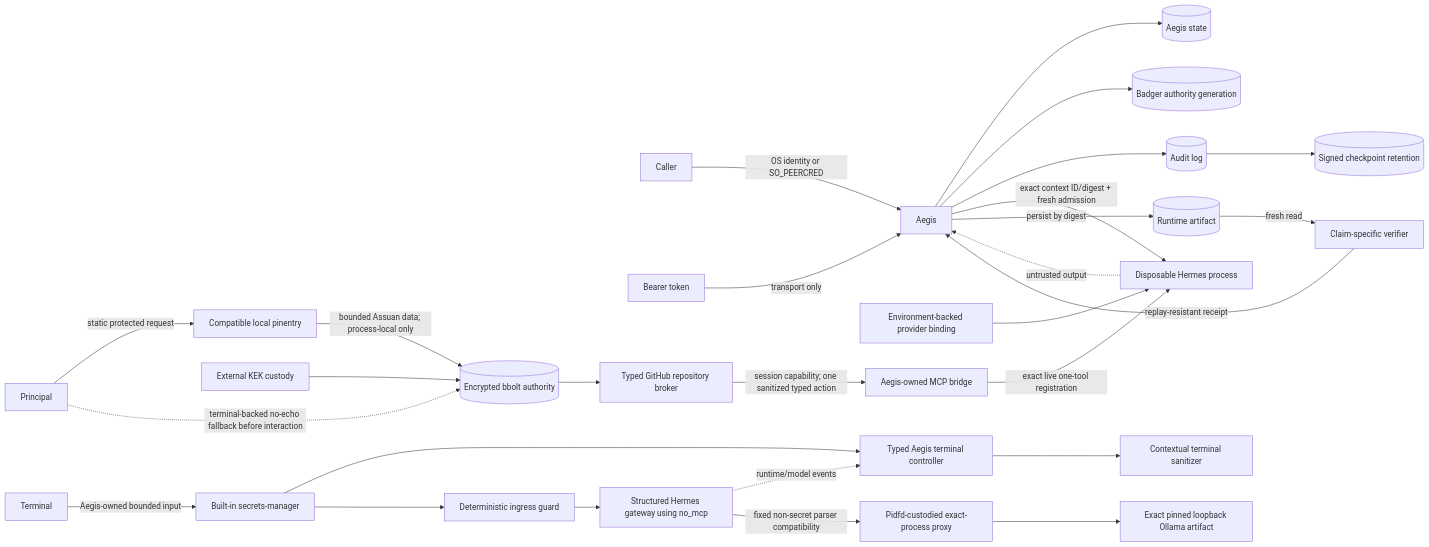
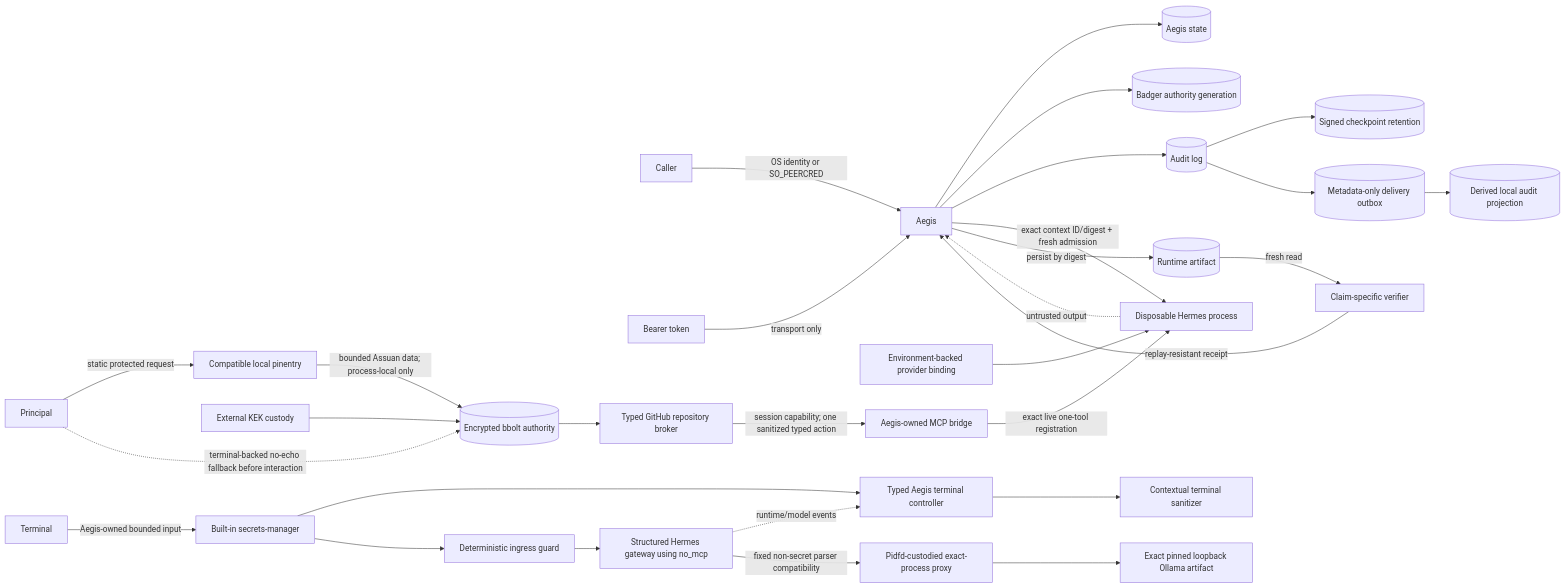
The diagram in docs/THREAT_MODEL.md (berryhill/aegis), drawn with Mermaid before and after one commit. The commit also changed other lines of this file and 19 other files, not shown here.

Commit message:
feat(audit): add durable outbox delivery

````diff
--- a/docs/THREAT_MODEL.md
+++ b/docs/THREAT_MODEL.md
@@ -17,30 +17,32 @@
 ```mermaid
 flowchart LR
   Caller -->|OS identity or SO_PEERCRED| Aegis
   Token[Bearer token] -->|transport only| Aegis
   Aegis --> Store[(Aegis state)]
   Aegis --> AuthorityState[(Badger authority generation)]
   Env[Environment-backed provider binding] --> Hermes[Disposable Hermes process]
   Principal -->|static protected request| Pinentry[Compatible local pinentry]
   Pinentry -->|bounded Assuan data; process-local only| Authority[(Encrypted bbolt authority)]
   Principal -. terminal-backed no-echo fallback before interaction .-> Authority
   KEK[External KEK custody] --> Authority
   Authority --> Broker[Typed GitHub repository broker]
   Broker -->|session capability; one sanitized typed action| Bridge[Aegis-owned MCP bridge]
   Bridge -->|exact live one-tool registration| Hermes
   Aegis --> Audit[(Audit log)]
   Audit --> Checkpoint[(Signed checkpoint retention)]
+  Audit --> Outbox[(Metadata-only delivery outbox)]
+  Outbox --> Projection[(Derived local audit projection)]
   Hermes -. untrusted output .-> Aegis
   Aegis -->|exact context ID/digest + fresh admission| Hermes
   Aegis -->|persist by digest| Artifact[(Runtime artifact)]
   Artifact -->|fresh read| Verifier[Claim-specific verifier]
   Verifier -->|replay-resistant receipt| Aegis
   Terminal -->|Aegis-owned bounded input| Manager[Built-in secrets-manager]
   Manager --> TUI[Typed Aegis terminal controller]
   Gateway -. runtime/model events .-> TUI
   TUI --> Sanitizer[Contextual terminal sanitizer]
   Manager --> Guard[Deterministic ingress guard]
   Guard --> Gateway[Structured Hermes gateway using no_mcp]
   Gateway -->|fixed non-secret parser compatibility| Proxy[Pidfd-custodied exact-process proxy]
   Proxy --> Ollama[Exact pinned loopback Ollama artifact]
 ```
````
